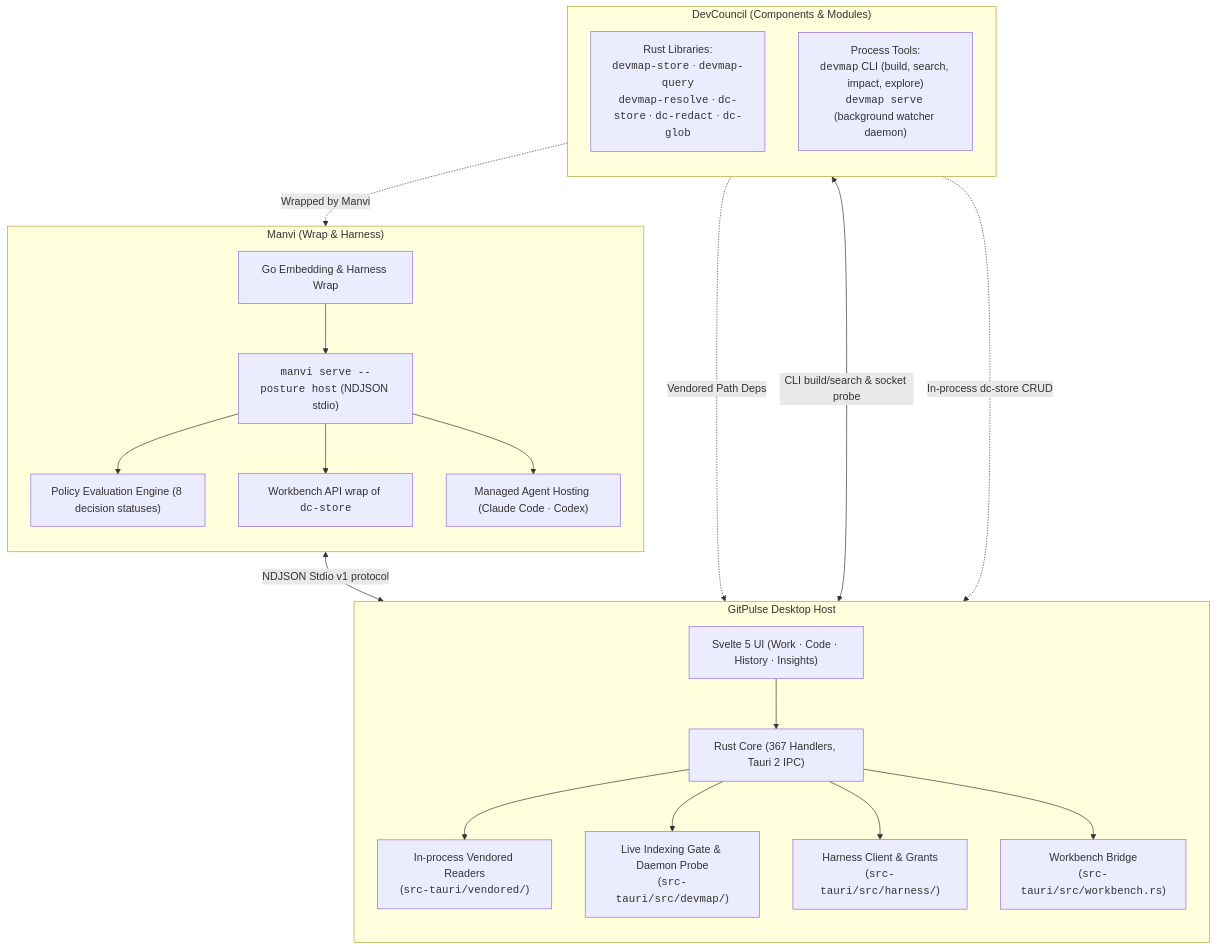
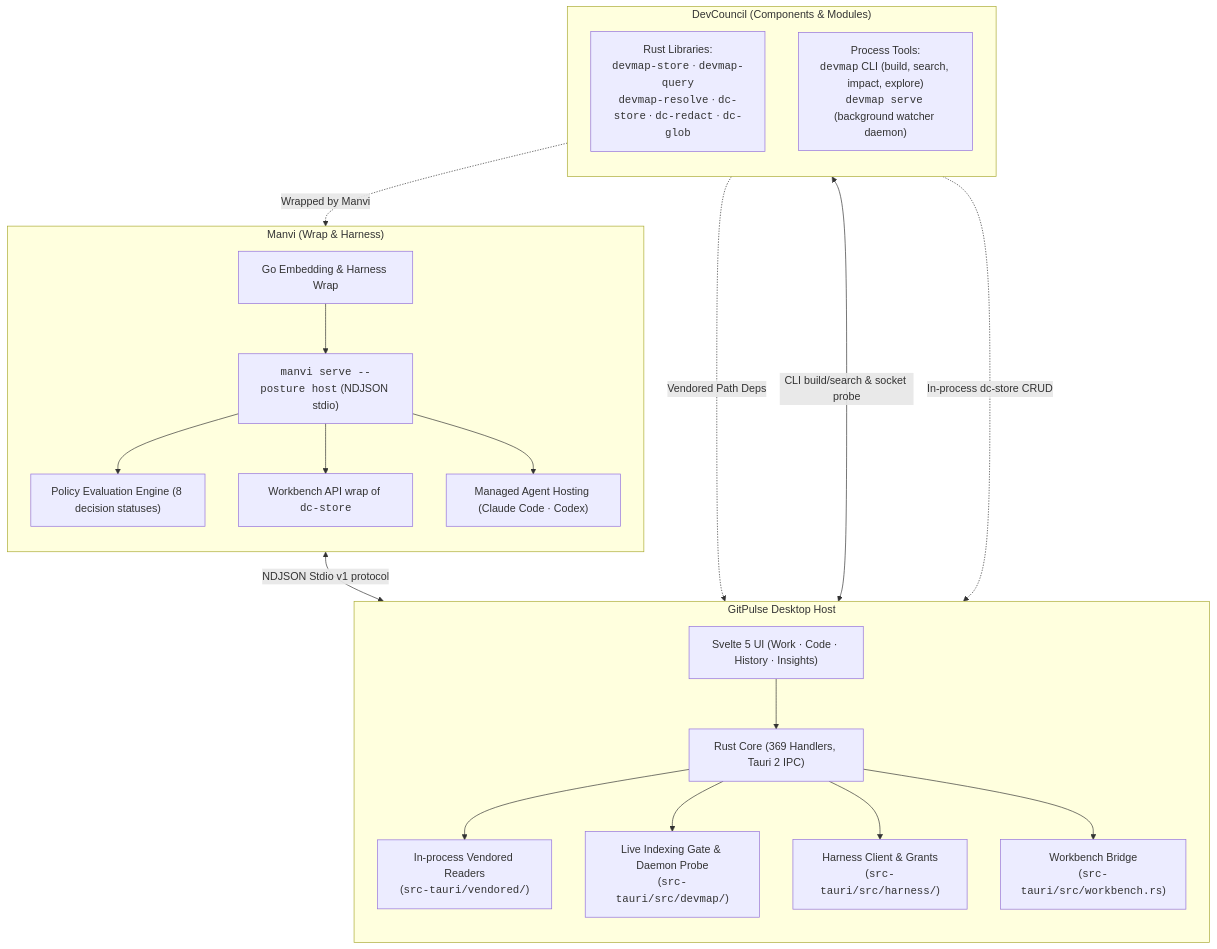
The first of 3 diagrams in docs/MODULE_INTEGRATION.md (bharathvbcr/GitPulse), drawn with Mermaid before and after one commit. The commit also changed 27 other files, not shown here.

````diff
--- a/docs/MODULE_INTEGRATION.md
+++ b/docs/MODULE_INTEGRATION.md
@@ -40,43 +40,43 @@
 ```mermaid
 flowchart TD
     subgraph DevCouncil["DevCouncil (Components & Modules)"]
         direction TB
         DCLibs["Rust Libraries:<br/><code>devmap-store</code> · <code>devmap-query</code><br/><code>devmap-resolve</code> · <code>dc-store</code> · <code>dc-redact</code> · <code>dc-glob</code>"]
         DCCLI["Process Tools:<br/><code>devmap</code> CLI (build, search, impact, explore)<br/><code>devmap serve</code> (background watcher daemon)"]
     end
 
     subgraph Manvi["Manvi (Wrap & Harness)"]
         direction TB
         ManviWrap["Go Embedding & Harness Wrap"]
         ManviSidecar["<code>manvi serve --posture host</code> (NDJSON stdio)"]
         ManviPolicy["Policy Evaluation Engine (8 decision statuses)"]
         ManviWorkbench["Workbench API wrap of <code>dc-store</code>"]
         ManviAgents["Managed Agent Hosting (Claude Code · Codex)"]
         ManviWrap --> ManviSidecar
         ManviSidecar --> ManviPolicy
         ManviSidecar --> ManviWorkbench
         ManviSidecar --> ManviAgents
     end
 
     subgraph GitPulseHost["GitPulse Desktop Host"]
         direction TB
         UIHost["Svelte 5 UI (Work · Code · History · Insights)"]
-        RustIPC["Rust Core (367 Handlers, Tauri 2 IPC)"]
+        RustIPC["Rust Core (369 Handlers, Tauri 2 IPC)"]
         InProcessReaders["In-process Vendored Readers<br/>(<code>src-tauri/vendored/</code>)"]
         CLIGate["Live Indexing Gate & Daemon Probe<br/>(<code>src-tauri/src/devmap/</code>)"]
         HarnessClient["Harness Client & Grants<br/>(<code>src-tauri/src/harness/</code>)"]
         WorkbenchCmd["Workbench Bridge<br/>(<code>src-tauri/src/workbench.rs</code>)"]
 
         UIHost --> RustIPC
         RustIPC --> InProcessReaders
         RustIPC --> CLIGate
         RustIPC --> HarnessClient
         RustIPC --> WorkbenchCmd
     end
 
     DCLibs -.->|Vendored Path Deps| InProcessReaders
     DCCLI <-->|CLI build/search & socket probe| CLIGate
     DCLibs -.->|Wrapped by Manvi| ManviWorkbench
     ManviSidecar <-->|NDJSON Stdio v1 protocol| HarnessClient
     DCLibs -.->|In-process dc-store CRUD| WorkbenchCmd
 ```
````
